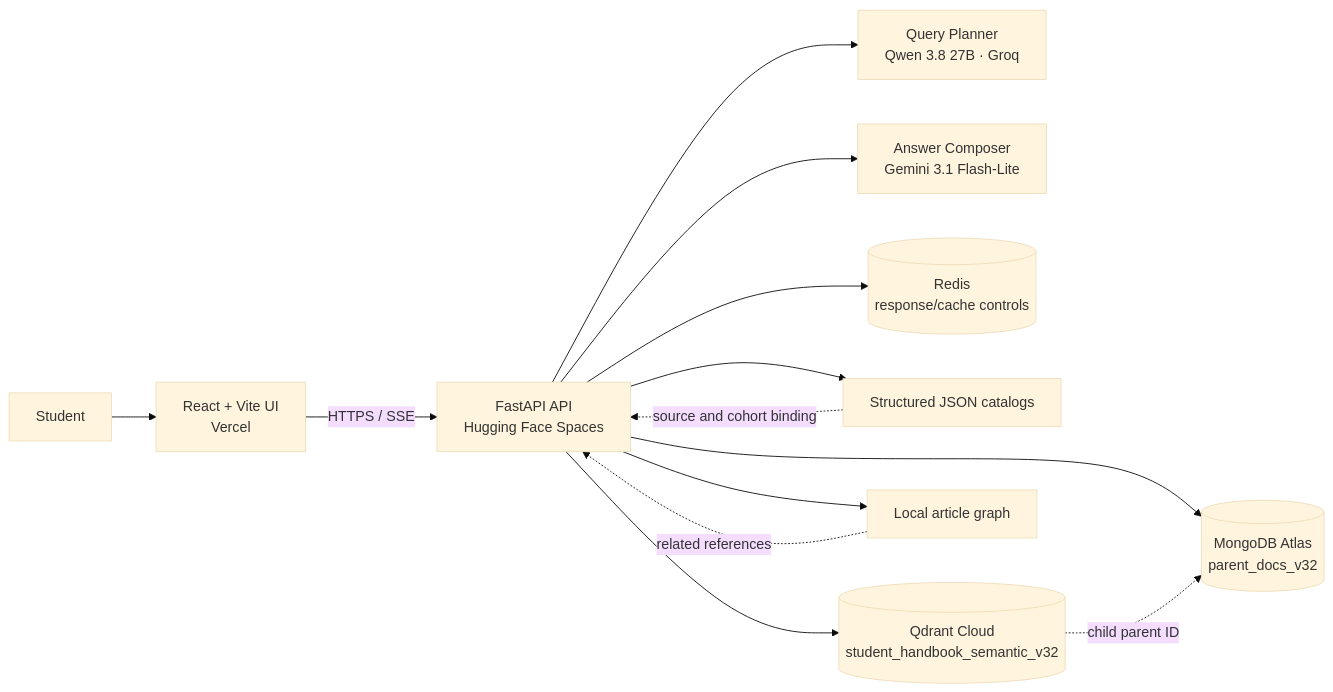
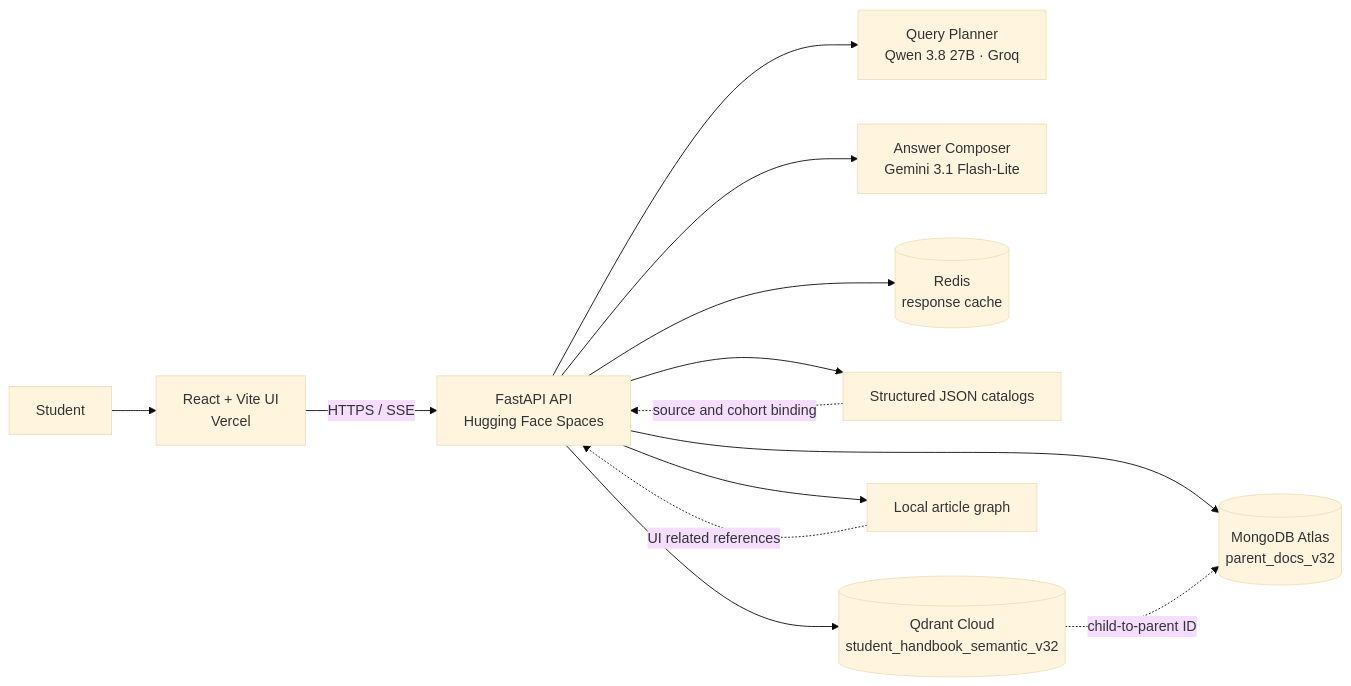
Before and after one commit to AnhPhiNe/student-handbook-rag-chatbot: the first of 3 diagrams in README.md, drawn with Mermaid (base theme). The commit also changed other lines of this file, not shown here.

Commit message:
docs: reorganize readme around current architecture and v9.1

````diff
--- a/README.md
+++ b/README.md
@@ -40,18 +43,18 @@
 ```mermaid
 flowchart LR
     Student["Student"] --> UI["React + Vite UI<br/>Vercel"]
     UI -->|"HTTPS / SSE"| API["FastAPI API<br/>Hugging Face Spaces"]
 
     API --> Planner["Query Planner<br/>Qwen 3.8 27B · Groq"]
     API --> Composer["Answer Composer<br/>Gemini 3.1 Flash-Lite"]
-    API --> Cache[("Redis<br/>response/cache controls")]
+    API --> Cache[("Redis<br/>response cache")]
 
     API --> Structured["Structured JSON catalogs"]
     API --> Qdrant[("Qdrant Cloud<br/>student_handbook_semantic_v32")]
     API --> Mongo[("MongoDB Atlas<br/>parent_docs_v32")]
     API --> Graph["Local article graph"]
 
-    Qdrant -. child parent ID .-> Mongo
+    Qdrant -. child-to-parent ID .-> Mongo
     Structured -. source and cohort binding .-> API
-    Graph -. related references .-> API
+    Graph -. UI related references .-> API
 ```
````
